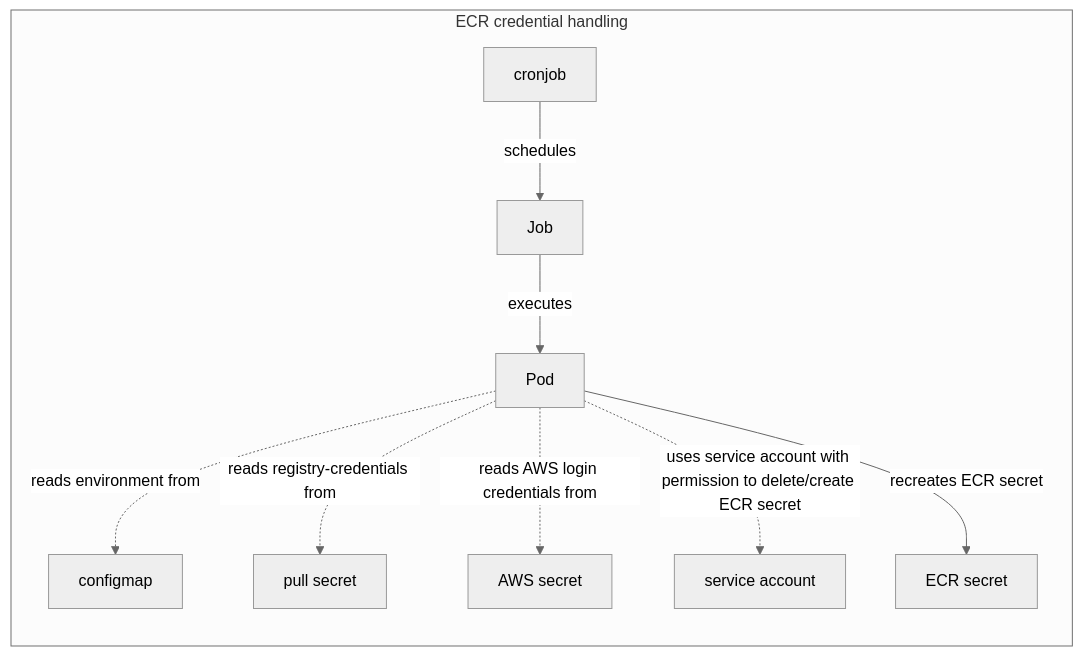
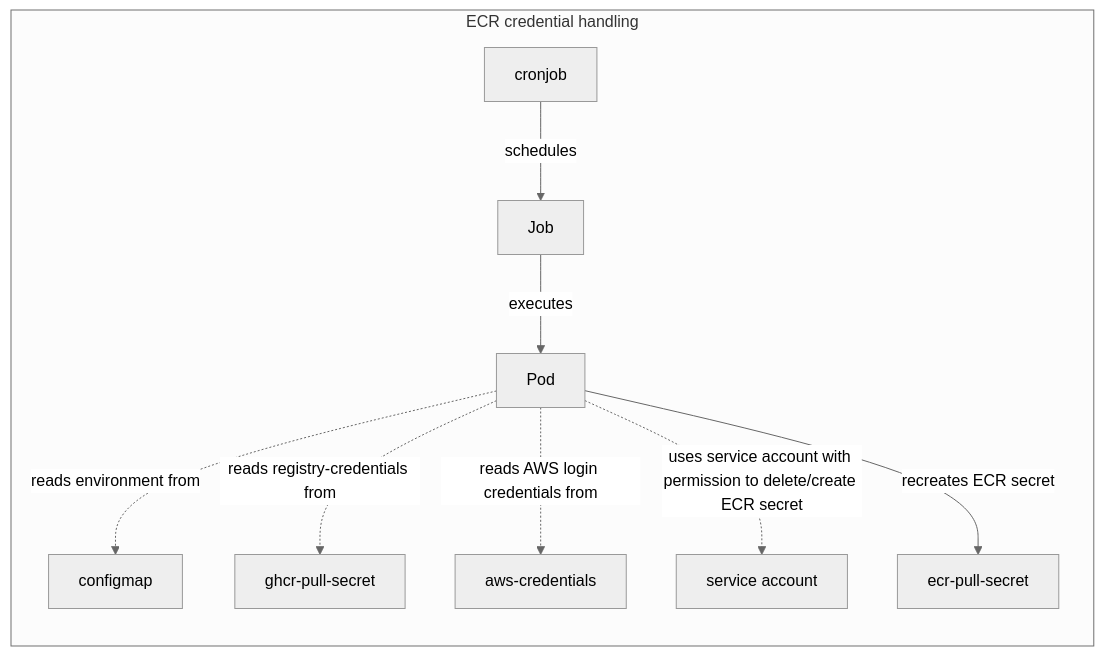
One commit to pflege-de/k8s-namespace-defaults changed the diagram in README.md. Above: the diagram before and after it, drawn with Mermaid (neutral theme). The commit also changed other lines of this file and 6 other files, not shown here.

````diff
--- a/README.md
+++ b/README.md
@@ -62,14 +85,14 @@
 ```mermaid
 
 graph LR;
 
 subgraph ECR credential handling
 cronjob-- schedules -->job[Job]-- executes -->Pod[Pod];
 Pod-. reads environment from .->configmap[configmap];
-Pod-. reads registry-credentials from .->pullsecret[pull secret];
-Pod-. reads AWS login credentials from .->awssecret[AWS secret];
+Pod-. reads registry-credentials from .->pullsecret[ghcr-pull-secret];
+Pod-. reads AWS login credentials from .->awssecret[aws-credentials];
 Pod-. uses service account with permission to delete/create ECR secret .->sa[service account];
-Pod-- recreates ECR secret -->ecrsecret[ECR secret];
+Pod-- recreates ECR secret -->ecrsecret[ecr-pull-secret];
 end
 
  ```
````
